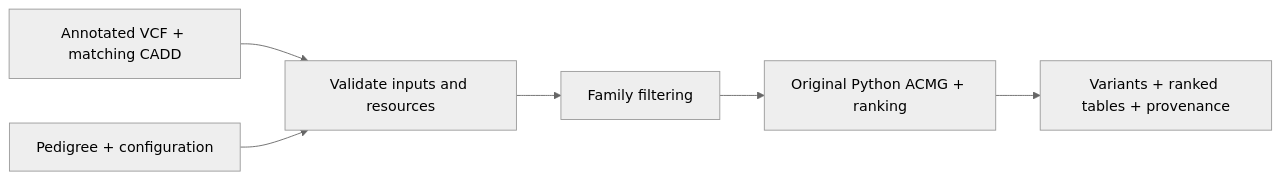
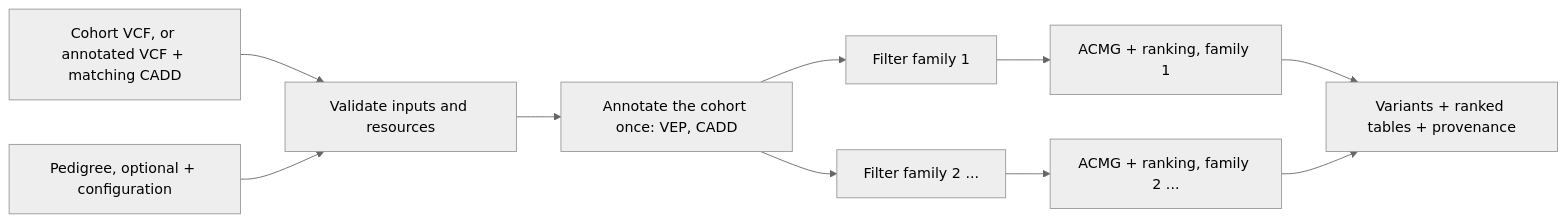
The diagram in README.md (yangyxt/PriVA), drawn with Mermaid (neutral theme) before and after one commit. The commit also changed other lines of this file and 11 other files, not shown here.

````diff
--- a/README.md
+++ b/README.md
@@ -5,8 +5,12 @@
 ```mermaid
 flowchart LR
-    I[Annotated VCF + matching CADD] --> V[Validate inputs and resources]
-    P[Pedigree + configuration] --> V
-    V --> F[Family filtering]
-    F --> R[Original Python ACMG + ranking]
-    R --> O[Variants + ranked tables + provenance]
+    I[Cohort VCF, or annotated VCF + matching CADD] --> V[Validate inputs and resources]
+    P[Pedigree, optional + configuration] --> V
+    V --> A[Annotate the cohort once: VEP, CADD]
+    A --> F1[Filter family 1]
+    A --> F2[Filter family 2 ...]
+    F1 --> R1[ACMG + ranking, family 1]
+    F2 --> R2[ACMG + ranking, family 2 ...]
+    R1 --> O[Variants + ranked tables + provenance]
+    R2 --> O
 ```
````
